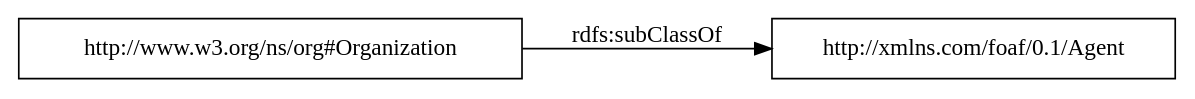
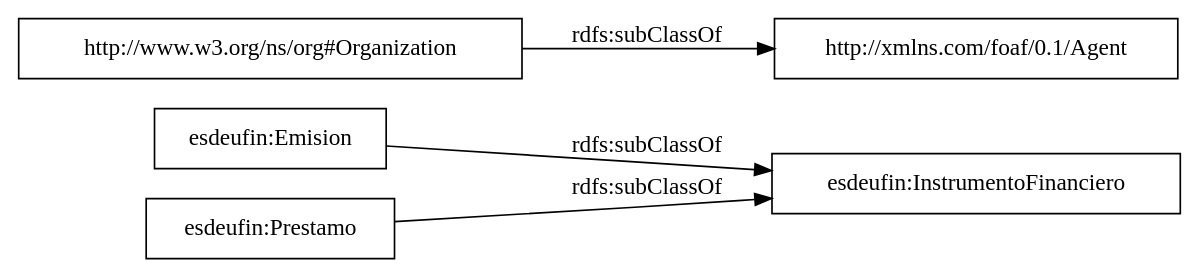
Before and after one commit to leticiarubalcabadg/vocab-economia-deuda-financiera: the diagram in OnToology/ontology/deudaPublicaFinanciera.owl/diagrams/ar2dtool-taxonomy/deudaPublicaFinanciera.owl.png.dot, drawn with Graphviz. The commit also changed 13 other files, not shown here.

```diff
--- a/OnToology/ontology/deudaPublicaFinanciera.owl/diagrams/ar2dtool-taxonomy/deudaPublicaFinanciera.owl.png.dot
+++ b/OnToology/ontology/deudaPublicaFinanciera.owl/diagrams/ar2dtool-taxonomy/deudaPublicaFinanciera.owl.png.dot
@@ -1,7 +1,9 @@
 digraph ar2dtool_diagram { 
 rankdir=LR;
 size="1000"
-node [shape = rectangle, color="black"]; "http://xmlns.com/foaf/0.1/Agent" "http://www.w3.org/ns/org#Organization" ; /*classes style*/
+node [shape = rectangle, color="black"]; "esdeufin:InstrumentoFinanciero" "http://xmlns.com/foaf/0.1/Agent" "esdeufin:Emision" "esdeufin:Prestamo" "http://www.w3.org/ns/org#Organization" ; /*classes style*/
 	"http://www.w3.org/ns/org#Organization" -> "http://xmlns.com/foaf/0.1/Agent" [ label = "rdfs:subClassOf" ];
+	"esdeufin:Prestamo" -> "esdeufin:InstrumentoFinanciero" [ label = "rdfs:subClassOf" ];
+	"esdeufin:Emision" -> "esdeufin:InstrumentoFinanciero" [ label = "rdfs:subClassOf" ];
 
 }
```
